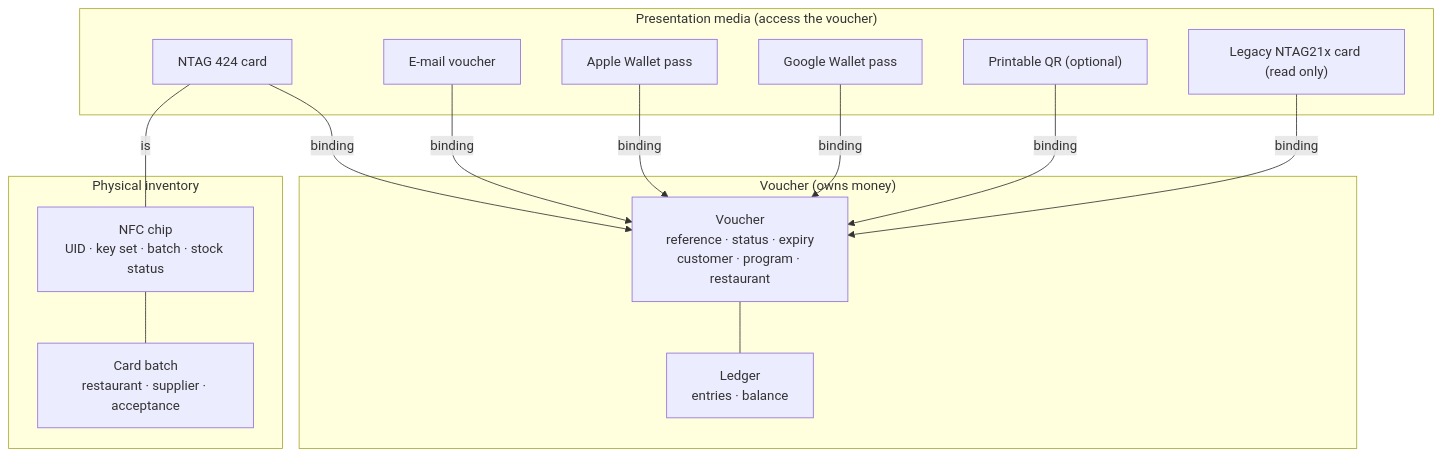
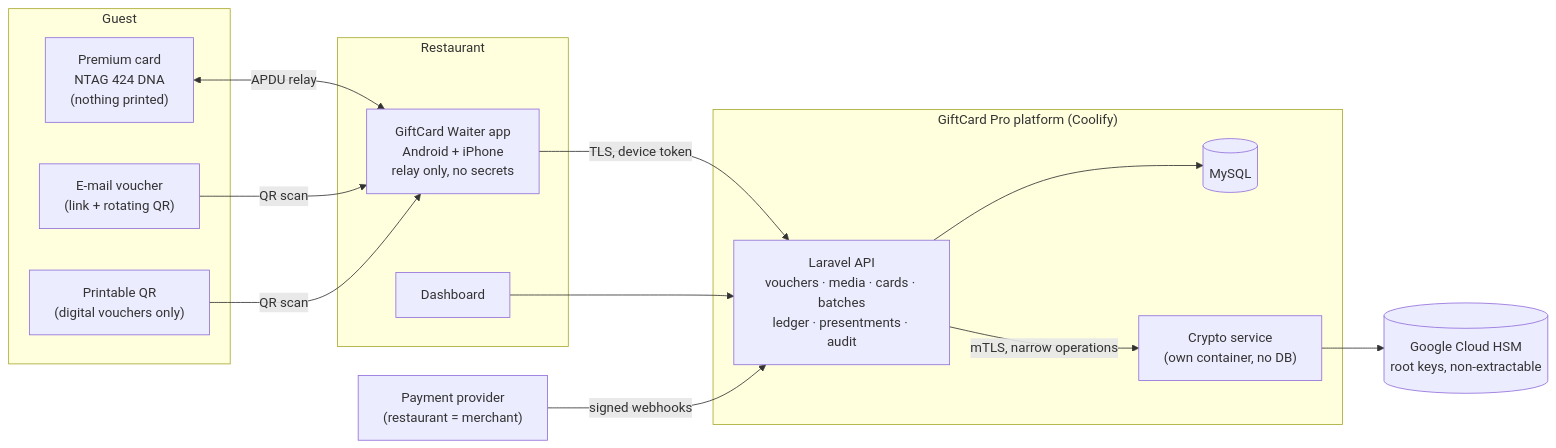
The first of 6 diagrams in docs/architecture/giftcard-pro-v2-architecture.md (morganndesign/nfc-gutscheine), drawn with Mermaid before and after one commit. The commit also changed other lines of this file, not shown here.

First line of the commit message:
docs: freeze GiftCard Pro v2 architecture

````diff
--- a/docs/architecture/giftcard-pro-v2-architecture.md
+++ b/docs/architecture/giftcard-pro-v2-architecture.md
@@ -300,28 +53,28 @@
 ```mermaid
-flowchart TB
-    subgraph V["Voucher (owns money)"]
-        VO["Voucher<br/>reference · status · expiry<br/>customer · program · restaurant"]
-        LG["Ledger<br/>entries · balance"]
-        VO --- LG
+flowchart LR
+    subgraph Guest
+        C["Premium card<br/>NTAG 424 DNA<br/>(nothing printed)"]
+        E["E-mail voucher<br/>(link + rotating QR)"]
+        P["Printable QR<br/>(digital vouchers only)"]
     end
-    subgraph M["Presentation media (access the voucher)"]
-        M1["NTAG 424 card"]
-        M2["E-mail voucher"]
-        M3["Apple Wallet pass"]
-        M4["Google Wallet pass"]
-        M5["Printable QR (optional)"]
-        M6["Legacy NTAG21x card (read only)"]
+    subgraph Restaurant
+        APP["GiftCard Waiter app<br/>Android + iPhone<br/>relay only, no secrets"]
+        DB1["Dashboard"]
     end
-    subgraph C["Physical inventory"]
-        CH["NFC chip<br/>UID · key set · batch · stock status"]
-        BA["Card batch<br/>restaurant · supplier · acceptance"]
-        CH --- BA
+    subgraph Platform["GiftCard Pro platform (Coolify)"]
+        API["Laravel API<br/>vouchers · media · cards · batches<br/>ledger · presentments · audit"]
+        SQL[("MySQL")]
+        CS["Crypto service<br/>(own container, no DB)"]
     end
-    M1 -->|binding| VO
-    M2 -->|binding| VO
-    M3 -->|binding| VO
-    M4 -->|binding| VO
-    M5 -->|binding| VO
-    M6 -->|binding| VO
-    M1 ---|is| CH
+    HSM[("Google Cloud HSM<br/>root keys, non-extractable")]
+    PSP["Payment provider<br/>(restaurant = merchant)"]
+    C <-- "APDU relay" --> APP
+    E -- "QR scan" --> APP
+    P -- "QR scan" --> APP
+    APP -- "TLS, device token" --> API
+    DB1 --> API
+    API --> SQL
+    API -- "mTLS, narrow operations" --> CS
+    CS --> HSM
+    PSP -- "signed webhooks" --> API
 ```
````
